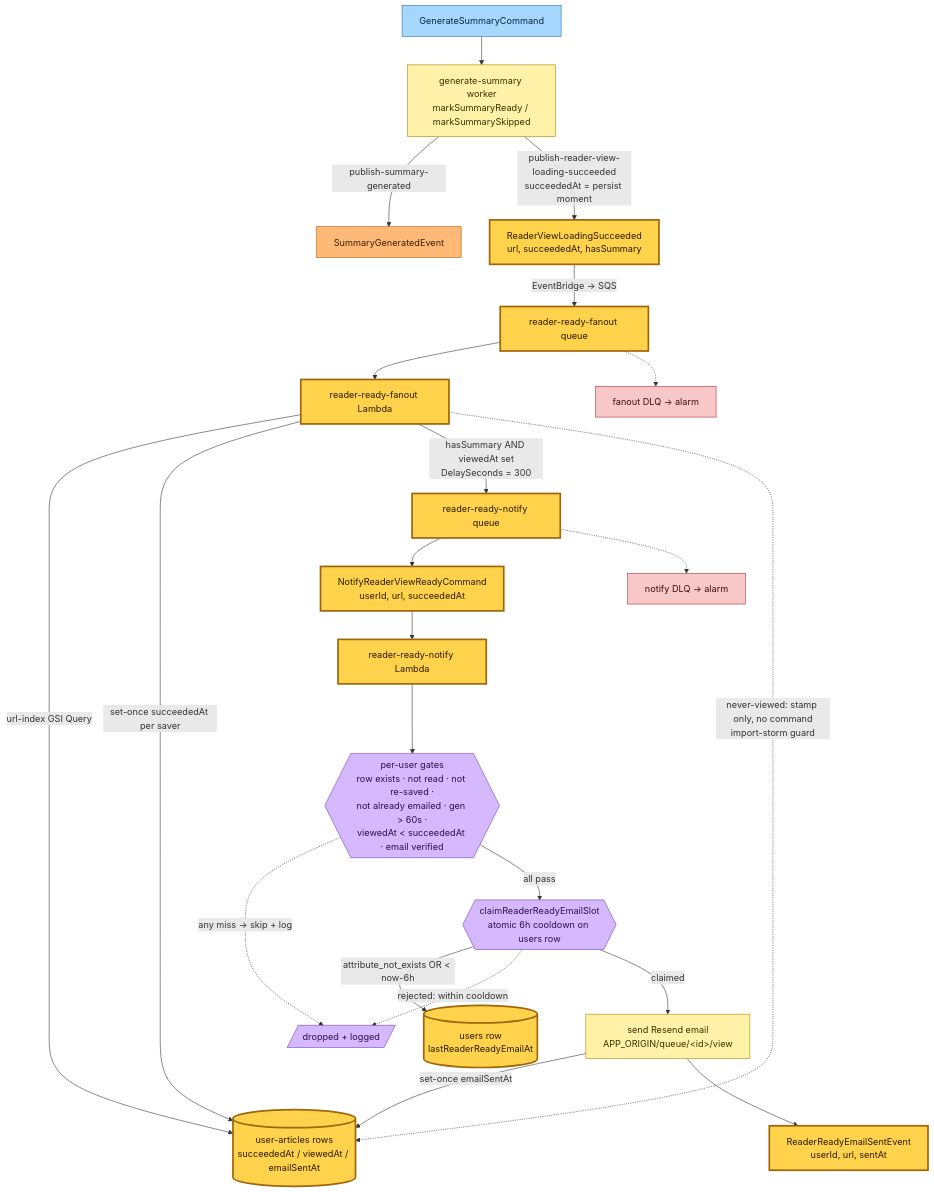
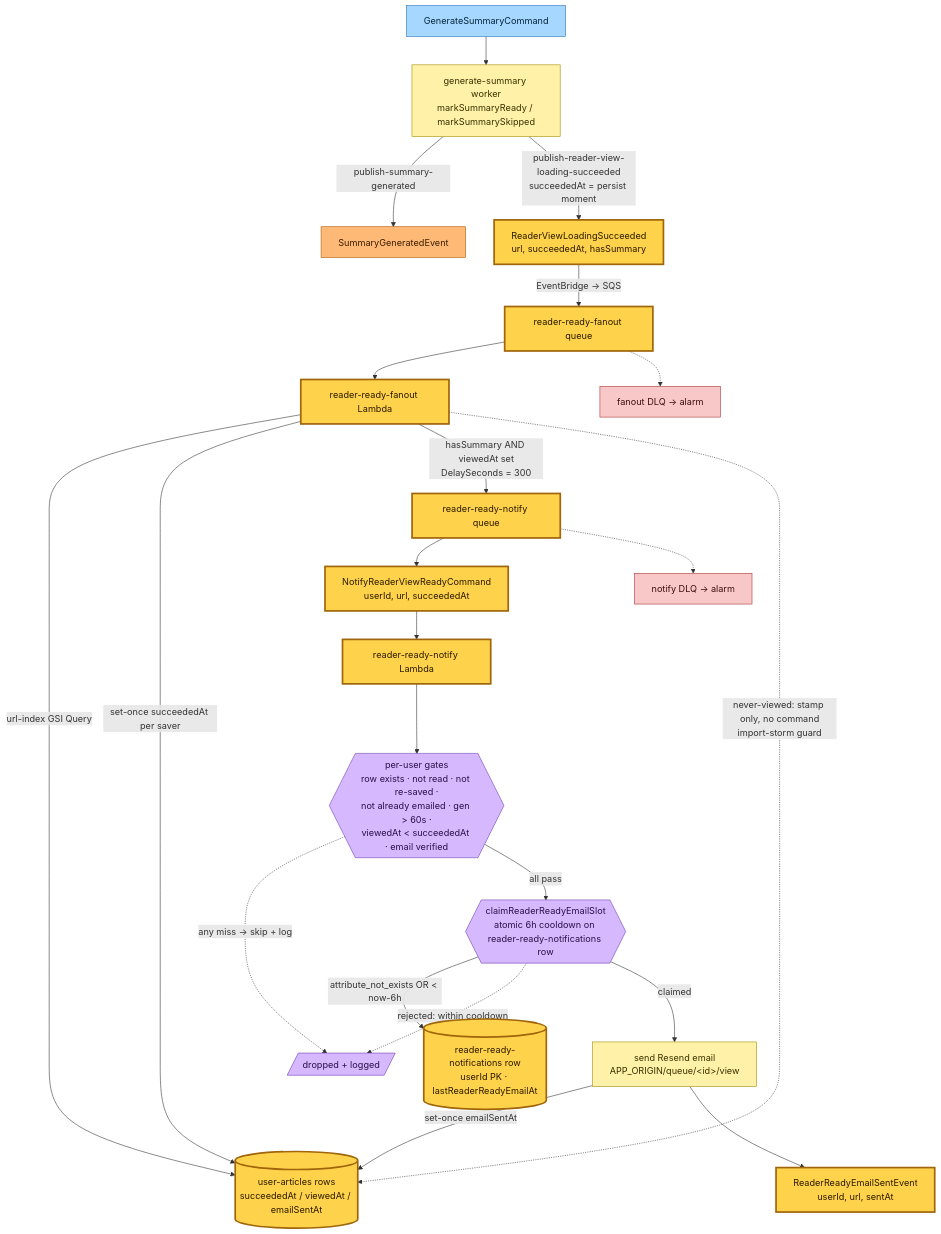
Before and after one commit to Readplace/readplace.com: the first of 2 diagrams in .architecture/2026-05-30-fc406ec/reader-ready-notification.md, drawn with Mermaid. The commit also changed other lines of this file and 19 other files, not shown here.

First line of the commit message:
refactor(hutch): move reader-ready email cooldown to a dedicated table

````diff
--- a/.architecture/2026-05-30-fc406ec/reader-ready-notification.md
+++ b/.architecture/2026-05-30-fc406ec/reader-ready-notification.md
@@ -29,36 +29,36 @@
 ```mermaid
 flowchart TD
 	classDef command fill:#a6d8ff,stroke:#1e6fb8,color:#06243b;
 	classDef system fill:#fff2a8,stroke:#a08a00,color:#3a3000;
 	classDef event fill:#ffb976,stroke:#a85800,color:#3a1e00;
 	classDef policy fill:#d6b8ff,stroke:#6b3fb0,color:#2a1147;
 	classDef store fill:#b8e8c5,stroke:#2f7a45,color:#0f3a1f;
 	classDef queue fill:#e8e8e8,stroke:#666,color:#222;
 	classDef dlq fill:#f8c8c8,stroke:#a83434,color:#3a0d0d;
 	classDef new fill:#ffd24c,stroke:#a0660b,stroke-width:3px,color:#2a1a00;
 
 	GSC[GenerateSummaryCommand]:::command --> GS[generate-summary worker<br/>markSummaryReady / markSummarySkipped]:::system
 	GS -->|publish-summary-generated| SGE[SummaryGeneratedEvent]:::event
 	GS -->|publish-reader-view-loading-succeeded<br/>succeededAt = persist moment| RVLS[ReaderViewLoadingSucceeded<br/>url, succeededAt, hasSummary]:::new
 
 	RVLS -->|EventBridge → SQS| FQ[reader-ready-fanout queue]:::new
 	FQ --> FAN[reader-ready-fanout Lambda]:::new
 	FAN -->|url-index GSI Query| UA[(user-articles rows<br/>succeededAt / viewedAt / emailSentAt)]:::new
 	FAN -->|set-once succeededAt per saver| UA
 	FAN -->|hasSummary AND viewedAt set<br/>DelaySeconds = 300| NQ[reader-ready-notify queue]:::new
 	FAN -.->|never-viewed: stamp only, no command<br/>import-storm guard| UA
 
 	NQ --> NRVR[NotifyReaderViewReadyCommand<br/>userId, url, succeededAt]:::new
 	NRVR --> NOTIFY[reader-ready-notify Lambda]:::new
 	NOTIFY --> GATE{{per-user gates<br/>row exists · not read · not re-saved ·<br/>not already emailed · gen &gt; 60s ·<br/>viewedAt &lt; succeededAt · email verified}}:::policy
 	GATE -.->|any miss → skip + log| DROP[/dropped + logged/]:::policy
-	GATE -->|all pass| CLAIM{{claimReaderReadyEmailSlot<br/>atomic 6h cooldown on users row}}:::policy
-	CLAIM -->|attribute_not_exists OR < now-6h| USERS[(users row<br/>lastReaderReadyEmailAt)]:::new
+	GATE -->|all pass| CLAIM{{claimReaderReadyEmailSlot<br/>atomic 6h cooldown on reader-ready-notifications row}}:::policy
+	CLAIM -->|attribute_not_exists OR < now-6h| USERS[(reader-ready-notifications row<br/>userId PK · lastReaderReadyEmailAt)]:::new
 	CLAIM -.->|rejected: within cooldown| DROP
 	CLAIM -->|claimed| SEND[send Resend email<br/>APP_ORIGIN/queue/&lt;id&gt;/view]:::system
 	SEND -->|set-once emailSentAt| UA
 	SEND --> RRES[ReaderReadyEmailSentEvent<br/>userId, url, sentAt]:::new
 
 	FQ -.-> FDLQ[fanout DLQ → alarm]:::dlq
 	NQ -.-> NDLQ[notify DLQ → alarm]:::dlq
 ```
````
